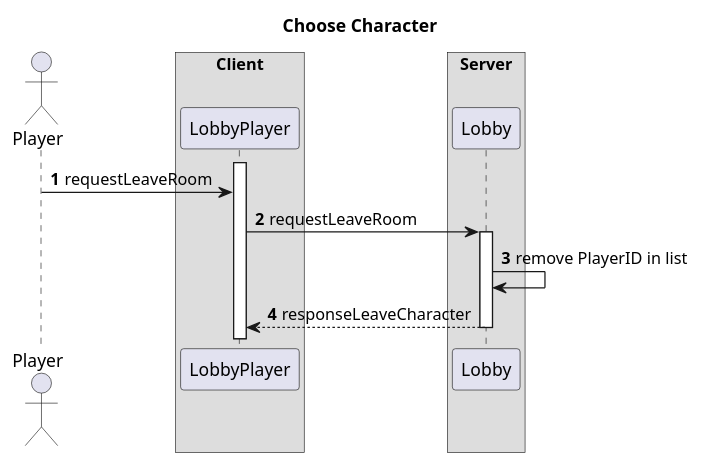
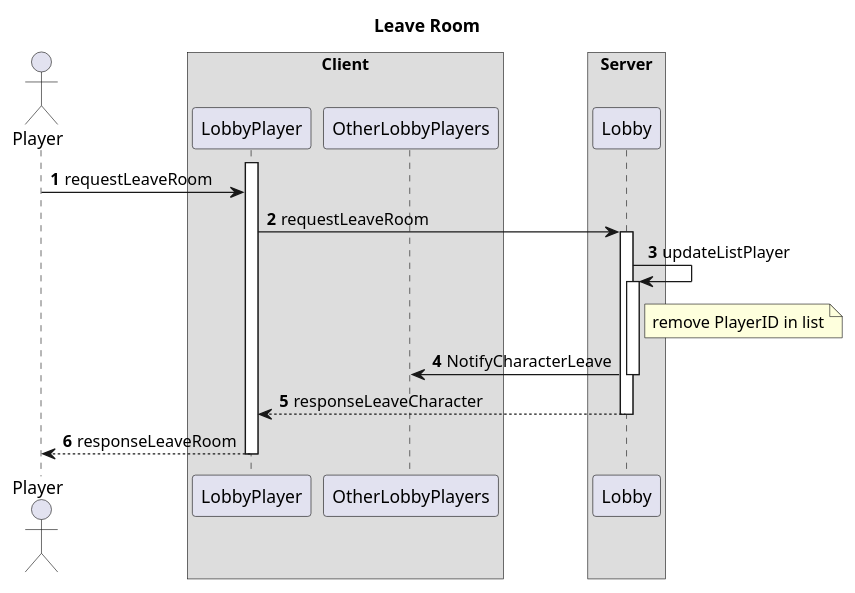
Before and after one commit to BaThong0/SpiritWarrior: the diagram in docs/SequenceDiagram/Lobby/LeaveRoom.plantuml, drawn with PlantUML. The commit also changed 5 other files, not shown here.

Commit message:
Updated sequence diagrams for Lobby

```diff
--- a/docs/SequenceDiagram/Lobby/LeaveRoom.plantuml
+++ b/docs/SequenceDiagram/Lobby/LeaveRoom.plantuml
@@ -1,27 +1,34 @@
 @startuml
-title Choose Character
+title Leave Room
 autonumber
 actor Player
 
 box "Client"
 participant LobbyPlayer
+participant OtherLobbyPlayers
 end box
 
 box "Server"
 participant Lobby
 endbox
 
 activate LobbyPlayer
 
 
 Player -> LobbyPlayer: requestLeaveRoom
 LobbyPlayer -> Lobby: requestLeaveRoom
 
 activate Lobby
-Lobby -> Lobby: remove PlayerID in list
+Lobby -> Lobby: updateListPlayer
+note right Lobby
+remove PlayerID in list
+end note 
+activate Lobby
+Lobby -> OtherLobbyPlayers: NotifyCharacterLeave
+deactivate Lobby
 Lobby --> LobbyPlayer: responseLeaveCharacter 
 deactivate Lobby 
-
-
+LobbyPlayer --> Player: responseLeaveRoom
+deactivate LobbyPlayer 
 
 @enduml
```
